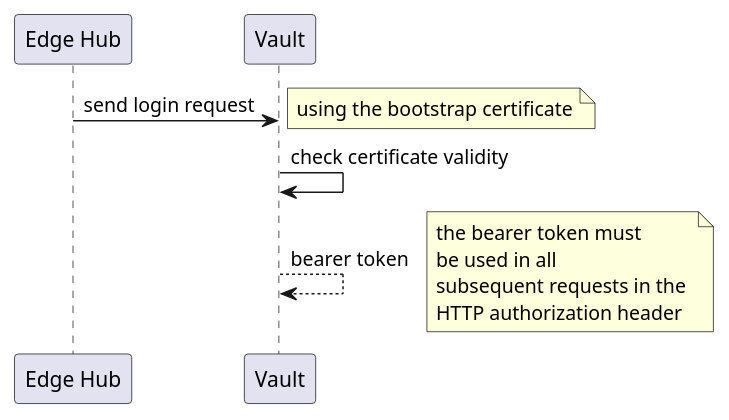
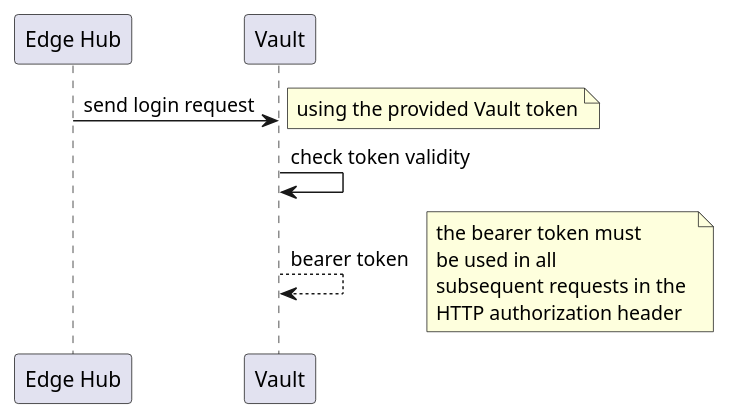
The diagram in docs/images/proposals/pki-edgehub-auth.puml (edgefarm/kubeedge), drawn with PlantUML before and after one commit. The commit also changed 3 other files, not shown here.

```diff
--- a/docs/images/proposals/pki-edgehub-auth.puml
+++ b/docs/images/proposals/pki-edgehub-auth.puml
@@ -1,15 +1,16 @@
 @startuml
 participant "Edge Hub" as eh
 participant Vault as vault
 
 eh -> vault : send login request 
-note right: using the bootstrap certificate
-vault -> vault : check certificate validity
+note right: using the provided Vault token
+vault -> vault : check token validity
 return bearer token
+
 note right 
 the bearer token must 
 be used in all 
 subsequent requests in the 
 HTTP authorization header
 end note
 @enduml
```
